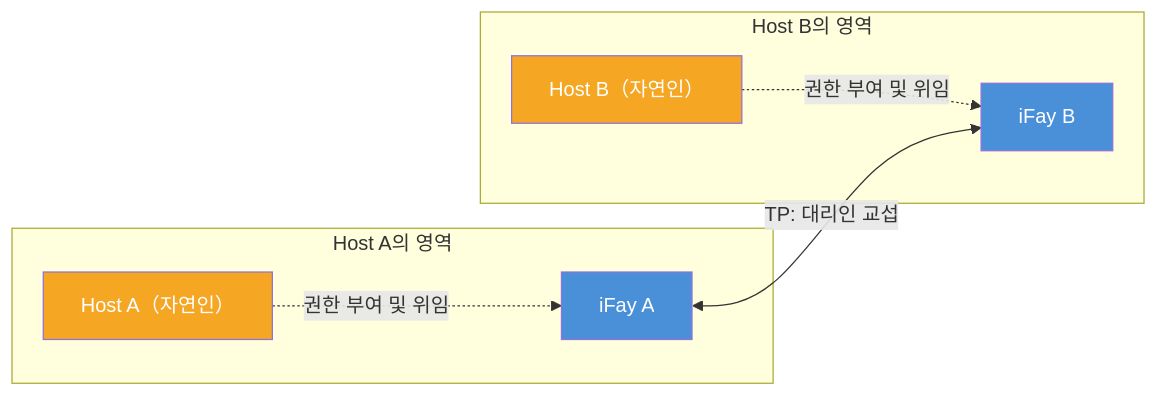
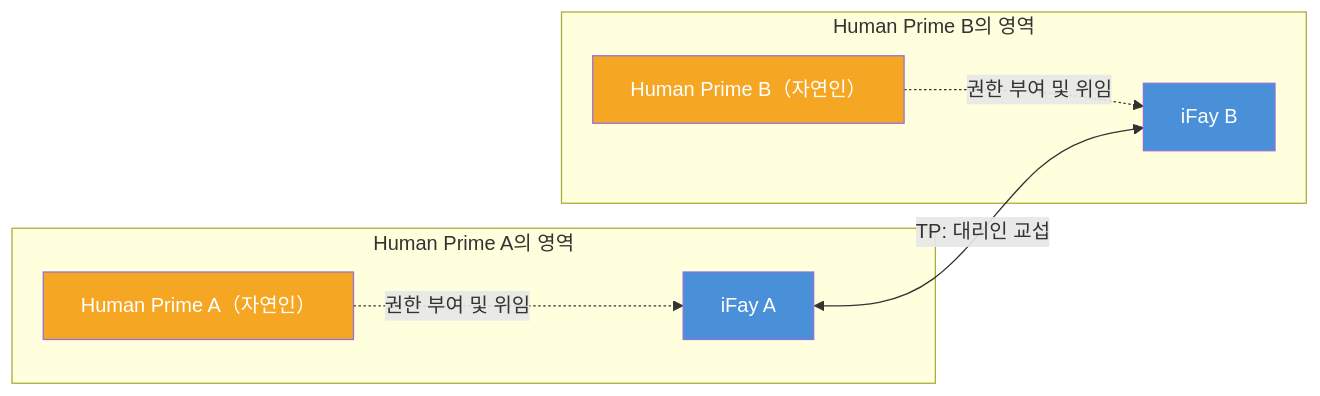
The second of 2 diagrams in docs/ko/blueprint/1-TP가 필요한 이유.md (ChainModePilot/Telepathy-Protocol), drawn with Mermaid before and after one commit. The commit also changed other lines of this file and 68 other files, not shown here.

First line of the commit message:
Use 'Human Prime' instead of 'Host' in blueprints

````diff
--- a/docs/ko/blueprint/1-TP가 필요한 이유.md
+++ b/docs/ko/blueprint/1-TP가 필요한 이유.md
@@ -76,21 +76,21 @@
 ```mermaid
 graph LR
-    subgraph "Host A의 영역"
-        HA["Host A（자연인）"]
+    subgraph "Human Prime A의 영역"
+        HA["Human Prime A（자연인）"]
         FA["iFay A"]
         HA -.->|"권한 부여 및 위임"| FA
     end
 
-    subgraph "Host B의 영역"
-        HB["Host B（자연인）"]
+    subgraph "Human Prime B의 영역"
+        HB["Human Prime B（자연인）"]
         FB["iFay B"]
         HB -.->|"권한 부여 및 위임"| FB
     end
 
     FA <-->|"TP: 대리인 교섭"| FB
 
     style FA fill:#4A90D9,color:#fff
     style FB fill:#4A90D9,color:#fff
     style HA fill:#F5A623,color:#fff
     style HB fill:#F5A623,color:#fff
 ```
````
